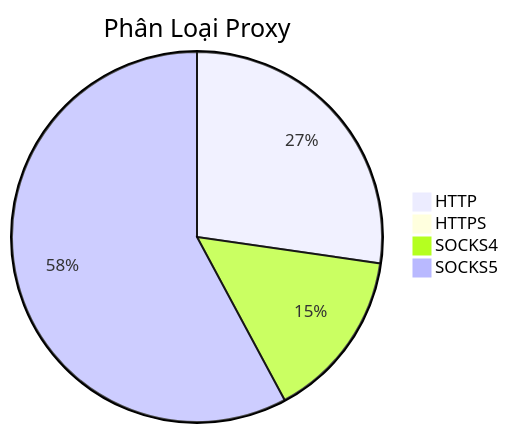
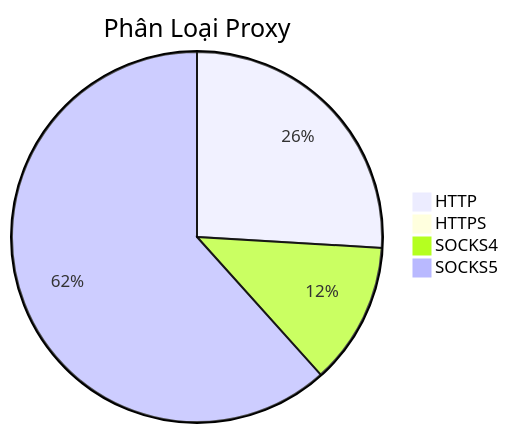
Before and after one commit to Ciara-12/PROXY-free: the diagram in README.md, drawn with Mermaid. The commit also changed other lines of this file and 4 other files, not shown here.

````diff
--- a/README.md
+++ b/README.md
@@ -26,7 +26,7 @@
 ```mermaid
 pie title Phân Loại Proxy
-    "HTTP" : 690
-    "HTTPS" : 1
-    "SOCKS4" : 376
-    "SOCKS5" : 1463
+    "HTTP" : 886
+    "HTTPS" : 0
+    "SOCKS4" : 424
+    "SOCKS5" : 2106
 ```
````
